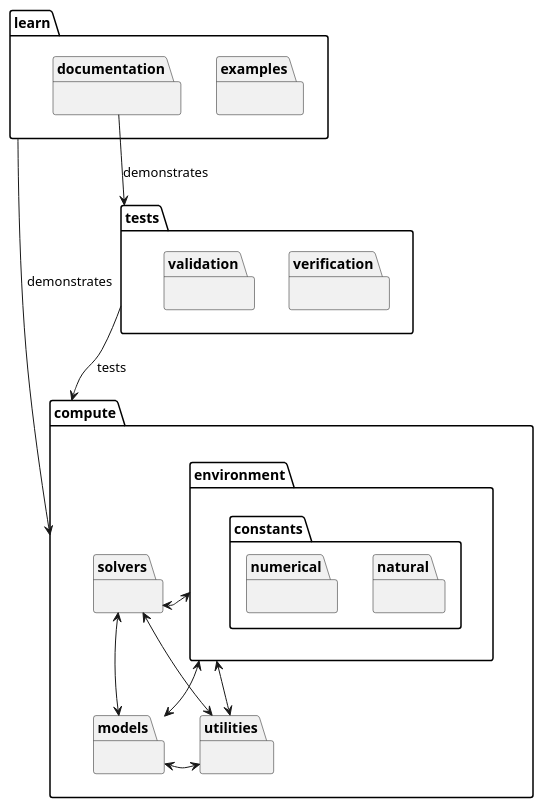
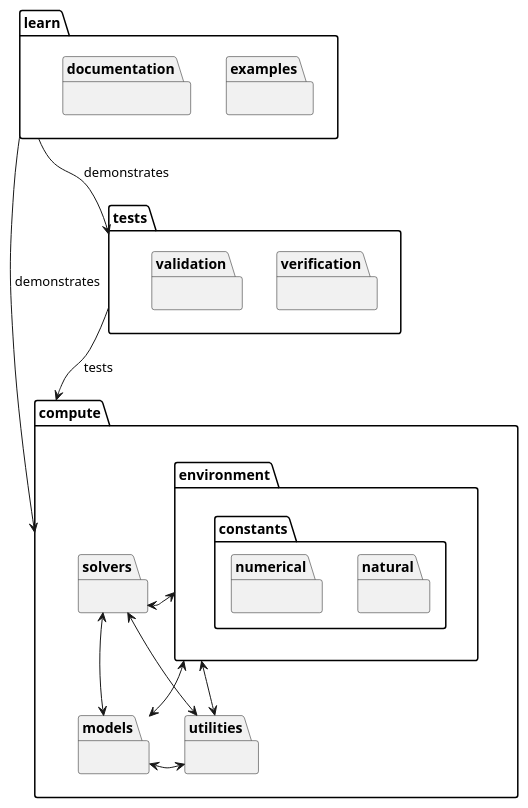
The diagram in learn/documentation/component_diagrams/qBlock_high_level.puml (milosz-martynow/qBlock), drawn with PlantUML before and after one commit.

```diff
--- a/learn/documentation/component_diagrams/qBlock_high_level.puml
+++ b/learn/documentation/component_diagrams/qBlock_high_level.puml
@@ -1,74 +1,74 @@
 @startuml component_diagram
 
 skinparam linetype curved
 
 ' ═══════════════════════════════════════════════════════════
 ' Component Definitions
 ' ═══════════════════════════════════════════════════════════
 
 package "compute" {
 
   package "environment" {
     package "constants" {
       package "natural" {
       }
       package "numerical" {
       }
     }
   }
 
   package "models" {
   }
 
   package "solvers" {
   }
 
   package "utilities" {
   }
 
 }
 
 package "tests" {
 
   package "verification" {
   }
 
   package "validation" {
   }
 
 }
 
 package "learn" {
 
   package "examples" {
   }
 
   package "documentation" {
   }
 
 }
 
 ' ═══════════════════════════════════════════════════════════
 ' Dependencies and Relationships
 ' ═══════════════════════════════════════════════════════════
 
 ' Component dependencies (ring - no diagonals, all lines straight)
 environment <--> solvers
 solvers <--> models
 models <--> utilities
 utilities <--> environment
 environment <--> models
 solvers <--> utilities
 
 ' Test and learn package dependencies
 tests --> compute : tests
 learn --> compute : demonstrates
-documentation --> tests : demonstrates
+learn --> tests : demonstrates
 
 ' Layout: environment top-left, solvers top-right, utilities bottom-left, models bottom-right
 environment -[hidden]right- solvers
 utilities -[hidden]right- models
 models -[hidden]down- utilities
 solvers -[hidden]down- models
 
 @enduml
```
